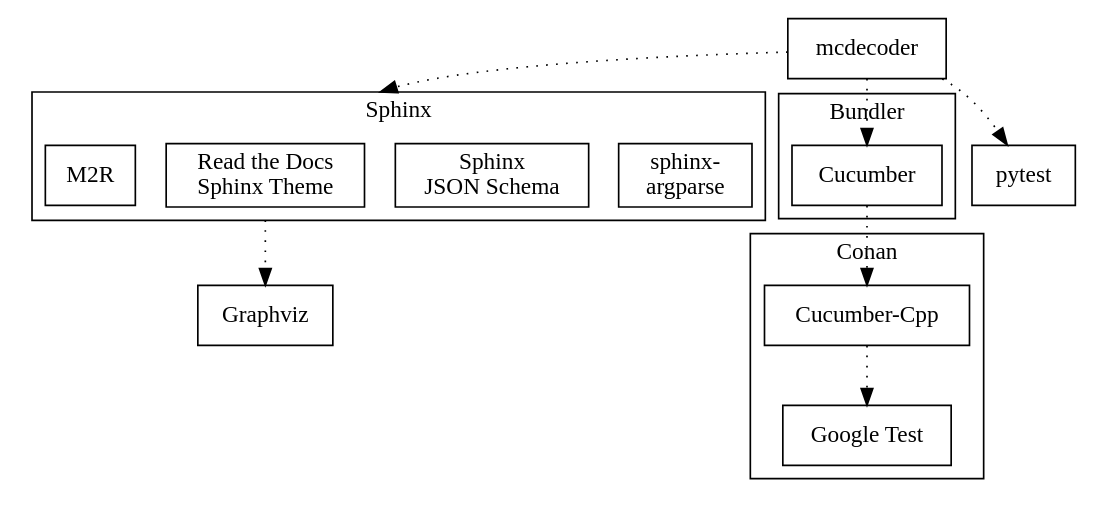
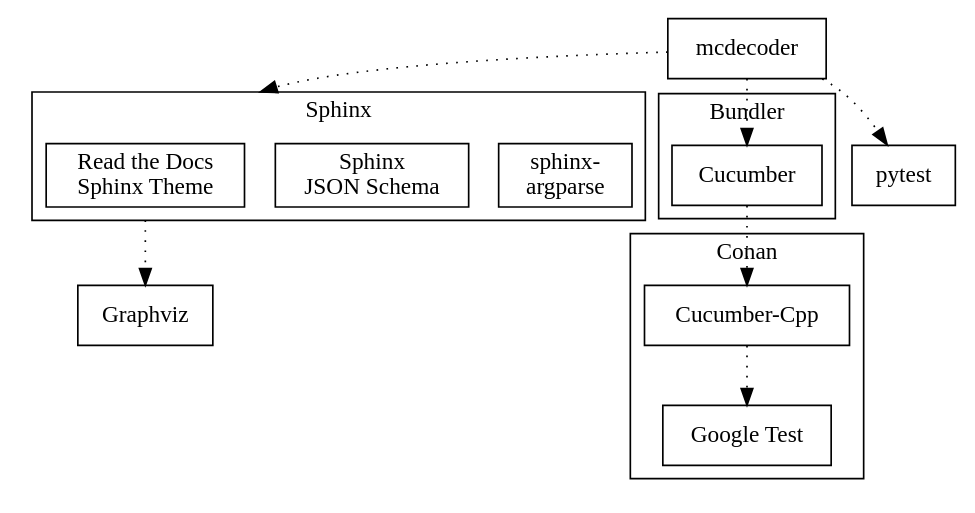
One commit to wildlarva/mcdecoder changed the second of 2 diagrams in src_docs/dev_design.rst. Above: the diagram before and after it, drawn with Graphviz. The commit also changed other lines of this file, not shown here.

Commit message:
Remove an unused package from the document of the development environment

```diff
--- a/src_docs/dev_design.rst
+++ b/src_docs/dev_design.rst
@@ -147,36 +147,35 @@
 .. digraph:: develop
 
     compound = true
     node [shape=box]
     edge [style=dotted]
 
     subgraph cluster_conan {
         label = "Conan"
 
         cucumber_cpp [label = "Cucumber-Cpp"]
         google_test [label = "Google Test"]
 
         cucumber_cpp -> google_test
     }
 
     subgraph cluster_sphinx {
         label = "Sphinx"
 
         sphinx_argparse [label = "sphinx-\nargparse"]
         sphinx_jsonschema [label = "Sphinx\nJSON Schema"]
         sphinx_rtd_theme [label = "Read the Docs\nSphinx Theme"]
-        m2r [label = "M2R"]
     }
 
     subgraph cluster_bundler {
         label = "Bundler"
 
         cucumber [label = "Cucumber"]
     }
 
     graphviz [label = "Graphviz"]
 
     mcdecoder -> pytest
     mcdecoder -> cucumber -> cucumber_cpp
     mcdecoder -> sphinx_rtd_theme [lhead=cluster_sphinx]
     sphinx_rtd_theme -> graphviz [ltail=cluster_sphinx]
```
